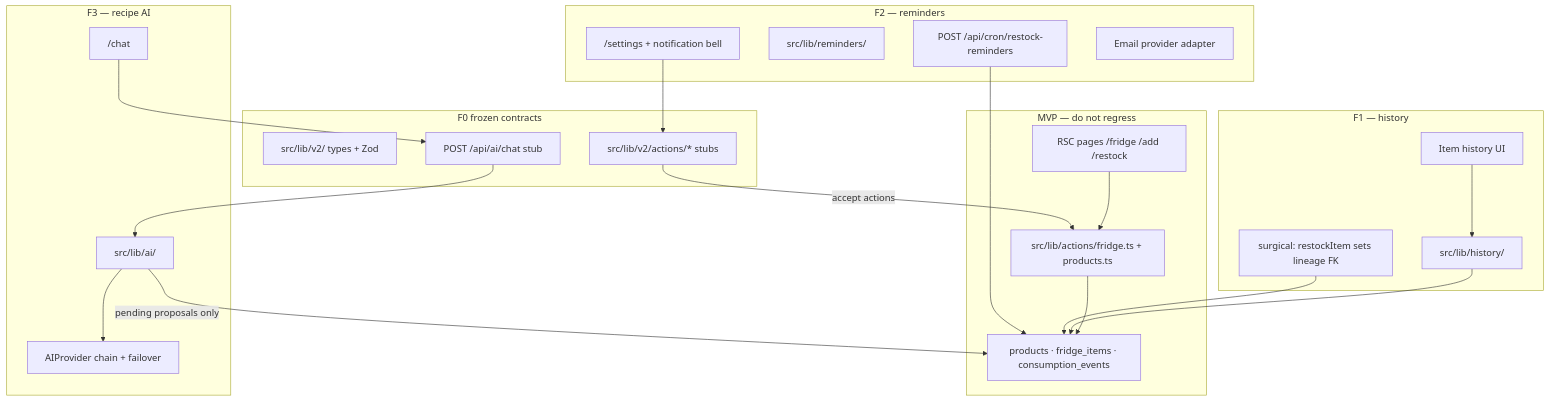
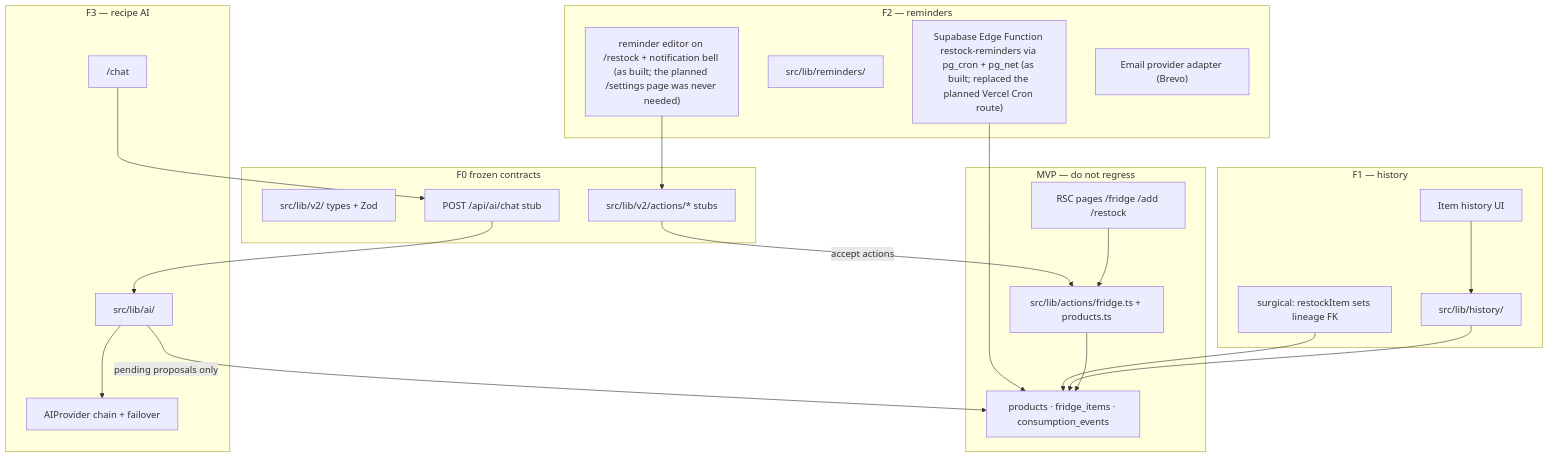
The diagram in docs/FEATURES_V2_PLAN.md (itaynachshon/fullstack-final-project-2026), drawn with Mermaid before and after one commit. The commit also changed other lines of this file and 14 other files, not shown here.

````diff
--- a/docs/FEATURES_V2_PLAN.md
+++ b/docs/FEATURES_V2_PLAN.md
@@ -65,42 +65,42 @@
 ```mermaid
 flowchart TD
     subgraph mvp [MVP — do not regress]
       Pages["RSC pages /fridge /add /restock"]
       Actions["src/lib/actions/fridge.ts + products.ts"]
       Catalog["products · fridge_items · consumption_events"]
     end
 
     subgraph v2contracts [F0 frozen contracts]
       V2Types["src/lib/v2/ types + Zod"]
       V2Stubs["src/lib/v2/actions/* stubs"]
       ChatRoute["POST /api/ai/chat stub"]
     end
 
     subgraph f1 [F1 — history]
       HistoryUI["Item history UI"]
       HistoryQ["src/lib/history/"]
       RestockWire["surgical: restockItem sets lineage FK"]
     end
 
     subgraph f2 [F2 — reminders]
-      SettingsUI["/settings + notification bell"]
+      SettingsUI["reminder editor on /restock + notification bell (as built; the planned /settings page was never needed)"]
       ReminderQ["src/lib/reminders/"]
-      Cron["POST /api/cron/restock-reminders"]
-      Mail["Email provider adapter"]
+      Cron["Supabase Edge Function restock-reminders via pg_cron + pg_net (as built; replaced the planned Vercel Cron route)"]
+      Mail["Email provider adapter (Brevo)"]
     end
 
     subgraph f3 [F3 — recipe AI]
       ChatUI["/chat"]
       AIOrch["src/lib/ai/"]
       Providers["AIProvider chain + failover"]
     end
 
     Pages --> Actions --> Catalog
     HistoryUI --> HistoryQ --> Catalog
     RestockWire --> Catalog
     SettingsUI --> V2Stubs
     Cron --> Catalog
     ChatUI --> ChatRoute --> AIOrch --> Providers
     AIOrch -->|"pending proposals only"| Catalog
     V2Stubs -->|"accept actions"| Actions
 ```
````
